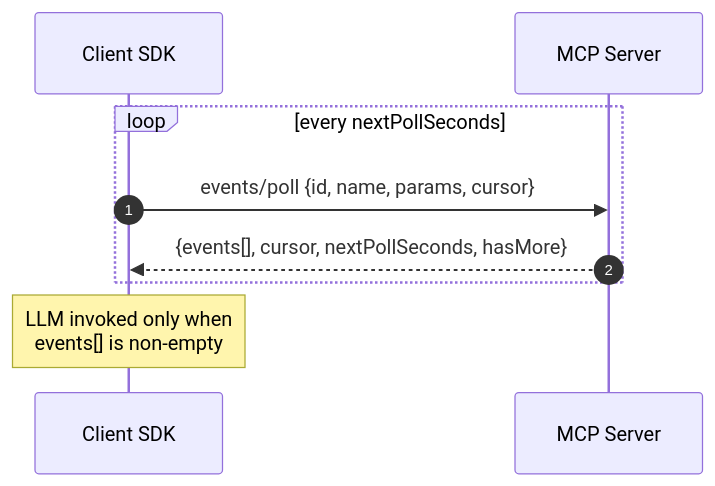
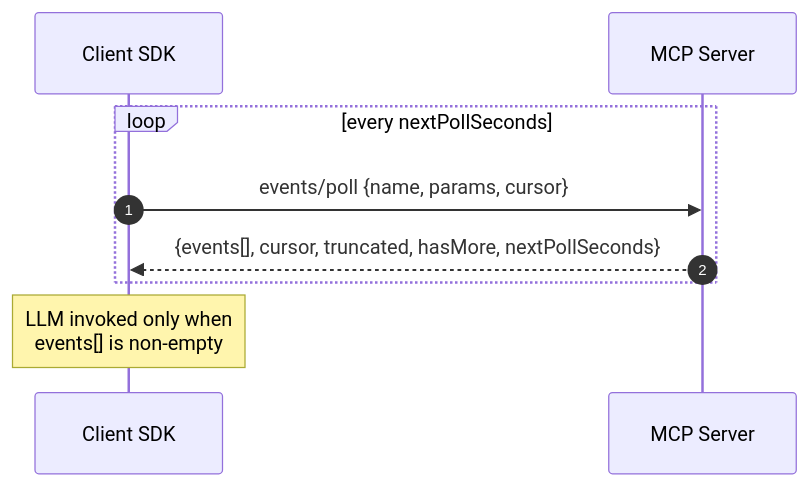
One commit to modelcontextprotocol/experimental-ext-triggers-events changed the first of 4 diagrams in docs/design-sketch-proposal.md. Above: the diagram before and after it, drawn with Mermaid. The commit also changed other lines of this file, not shown here.

````diff
--- a/docs/design-sketch-proposal.md
+++ b/docs/design-sketch-proposal.md
@@ -126,12 +122,12 @@
 ```mermaid
 sequenceDiagram
     autonumber
     participant SDK as Client SDK
     participant Server as MCP Server
 
     loop every nextPollSeconds
-        SDK->>Server: events/poll {id, name, params, cursor}
-        Server-->>SDK: {events[], cursor, nextPollSeconds, hasMore}
+        SDK->>Server: events/poll {name, params, cursor}
+        Server-->>SDK: {events[], cursor, truncated, hasMore, nextPollSeconds}
     end
     Note over SDK: LLM invoked only when<br/>events[] is non-empty
 ```
````
